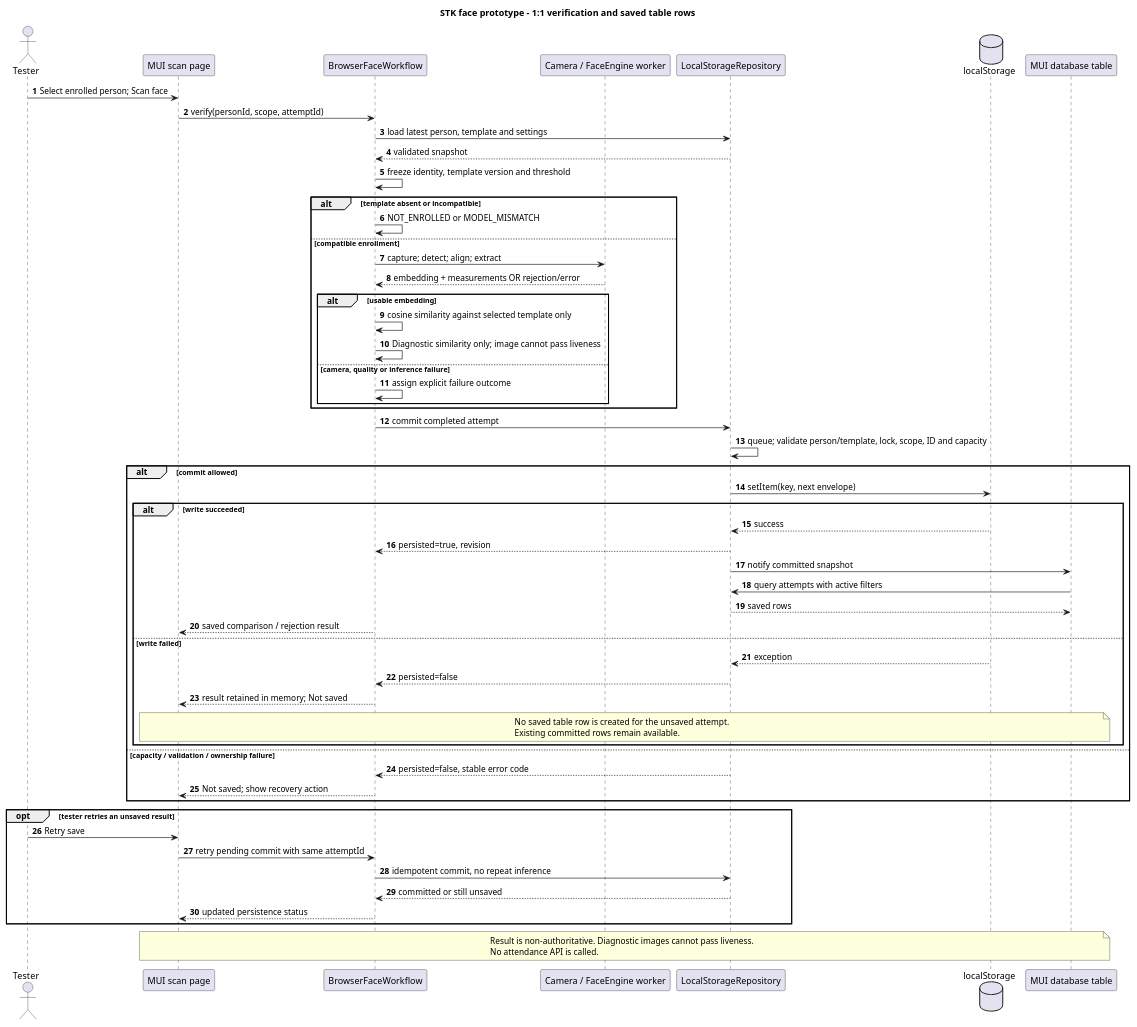
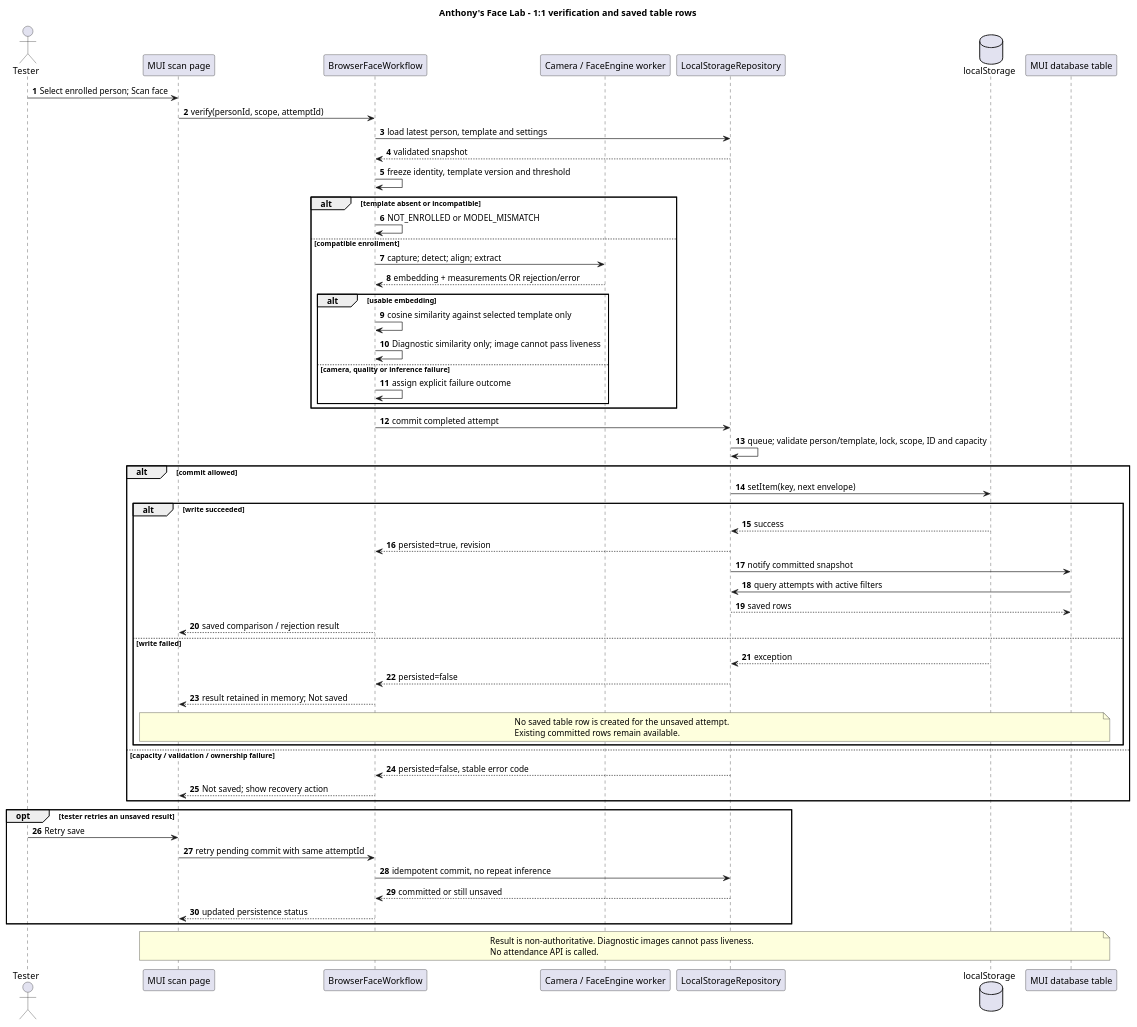
The fourth of 9 diagrams in docs/STK_FACE_RECOGNITION_PROTOTYPE_UML.puml (pixelDigitTony/face-recog-prototype), drawn with PlantUML before and after one commit. The commit also changed other lines of this file and 41 other files, not shown here.

```diff
--- a/docs/STK_FACE_RECOGNITION_PROTOTYPE_UML.puml
+++ b/docs/STK_FACE_RECOGNITION_PROTOTYPE_UML.puml
@@ -292,69 +307,69 @@
 @startuml stk_face_prototype_verification
-title STK face prototype - 1:1 verification and saved table rows
+title Anthony's Face Lab - 1:1 verification and saved table rows
 autonumber
 skinparam shadowing false
 actor Tester
 participant "MUI scan page" as UI
 participant "BrowserFaceWorkflow" as Flow
 participant "Camera / FaceEngine worker" as Engine
 participant "LocalStorageRepository" as Repo
 database "localStorage" as DB
 participant "MUI database table" as Table
 
 Tester -> UI : Select enrolled person; Scan face
 UI -> Flow : verify(personId, scope, attemptId)
 Flow -> Repo : load latest person, template and settings
 Repo --> Flow : validated snapshot
 Flow -> Flow : freeze identity, template version and threshold
 
 alt template absent or incompatible
   Flow -> Flow : NOT_ENROLLED or MODEL_MISMATCH
 else compatible enrollment
   Flow -> Engine : capture; detect; align; extract
   Engine --> Flow : embedding + measurements OR rejection/error
   alt usable embedding
     Flow -> Flow : cosine similarity against selected template only
     Flow -> Flow : Diagnostic similarity only; image cannot pass liveness
   else camera, quality or inference failure
     Flow -> Flow : assign explicit failure outcome
   end
 end
 
 Flow -> Repo : commit completed attempt
 Repo -> Repo : queue; validate person/template, lock, scope, ID and capacity
 alt commit allowed
   Repo -> DB : setItem(key, next envelope)
   alt write succeeded
     DB --> Repo : success
     Repo --> Flow : persisted=true, revision
     Repo -> Table : notify committed snapshot
     Table -> Repo : query attempts with active filters
     Repo --> Table : saved rows
     Flow --> UI : saved comparison / rejection result
   else write failed
     DB --> Repo : exception
     Repo --> Flow : persisted=false
     Flow --> UI : result retained in memory; Not saved
     note over UI, Table
       No saved table row is created for the unsaved attempt.
       Existing committed rows remain available.
     end note
   end
 else capacity / validation / ownership failure
   Repo --> Flow : persisted=false, stable error code
   Flow --> UI : Not saved; show recovery action
 end
 
 opt tester retries an unsaved result
   Tester -> UI : Retry save
   UI -> Flow : retry pending commit with same attemptId
   Flow -> Repo : idempotent commit, no repeat inference
   Repo --> Flow : committed or still unsaved
   Flow --> UI : updated persistence status
 end
 
 note over UI, Table
   Result is non-authoritative. Diagnostic images cannot pass liveness.
   No attendance API is called.
 end note
 @enduml
```
